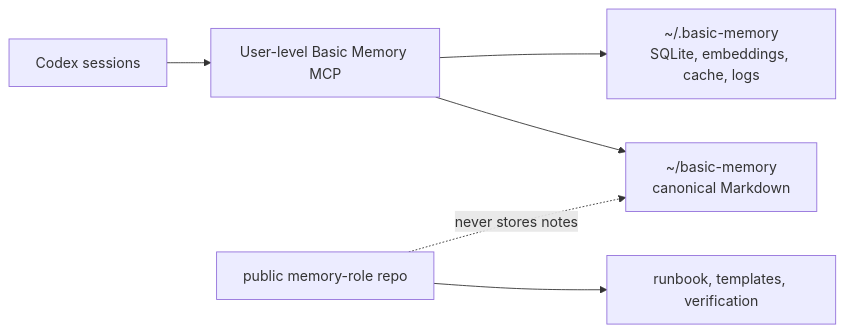
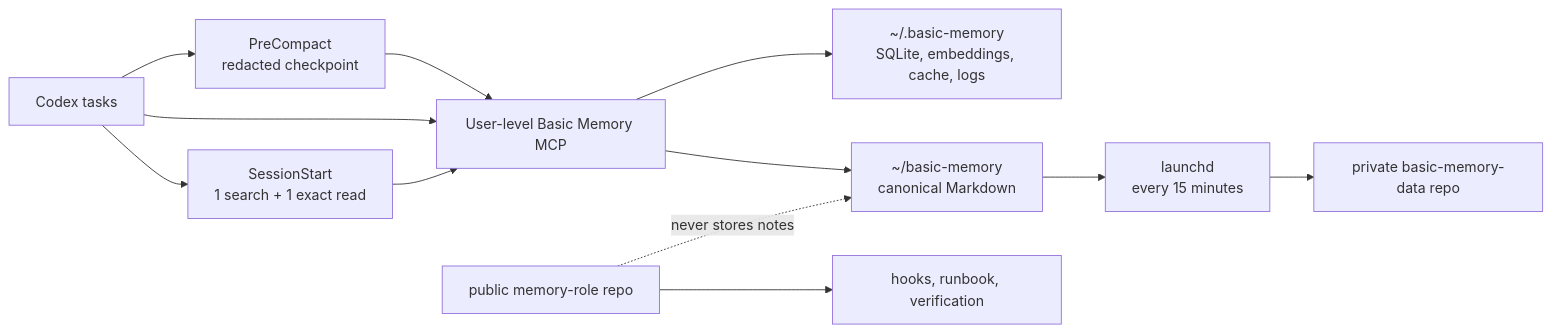
Before and after one commit to hun99999/memory-role: the diagram in README.md, drawn with Mermaid. The commit also changed other lines of this file and 12 other files, not shown here.

Commit message:
feat: automate Basic Memory lifecycle and backup

````diff
--- a/README.md
+++ b/README.md
@@ -7,8 +7,14 @@
 ```mermaid
 flowchart LR
-    C["Codex sessions"] --> M["User-level Basic Memory MCP"]
+    C["Codex tasks"] --> S["SessionStart<br/>1 search + 1 exact read"]
+    S --> M["User-level Basic Memory MCP"]
+    C --> M
+    C --> P["PreCompact<br/>redacted checkpoint"]
+    P --> M
     M --> K["~/basic-memory<br/>canonical Markdown"]
     M --> D["~/.basic-memory<br/>SQLite, embeddings, cache, logs"]
-    R["public memory-role repo"] --> O["runbook, templates, verification"]
+    K --> B["launchd<br/>every 15 minutes"]
+    B --> G["private basic-memory-data repo"]
+    R["public memory-role repo"] --> O["hooks, runbook, verification"]
     R -. "never stores notes" .-> K
 ```
````
